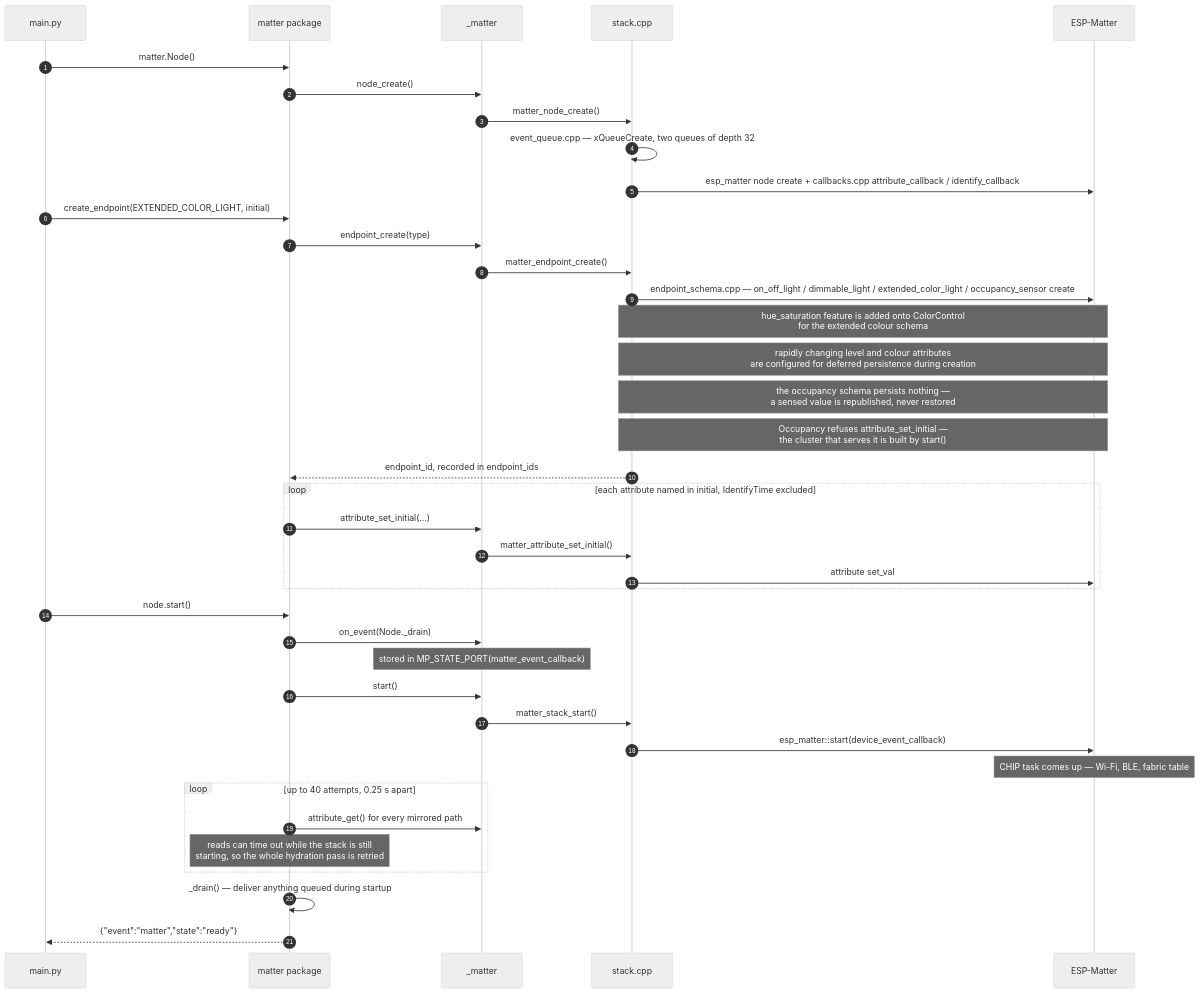
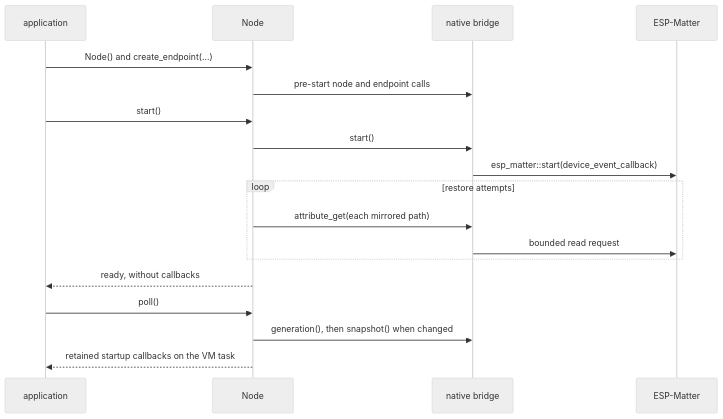
The second of 3 diagrams in firmware-packages/matter/ARCHITECTURE.md (khlam/micropython-boardfarm), drawn with Mermaid (neutral theme) before and after one commit. The commit also changed other lines of this file and 37 other files, not shown here.

Commit message:
replace matter event queue with state snapshot and polling

````diff
--- a/firmware-packages/matter/ARCHITECTURE.md
+++ b/firmware-packages/matter/ARCHITECTURE.md
@@ -86,44 +60,21 @@
 ```mermaid
 sequenceDiagram
-    autonumber
-    participant app as main.py
-    participant py as matter package
-    participant mod as _matter
-    participant st as stack.cpp
-    participant esp as ESP-Matter
+    participant app as application
+    participant py as Node
+    participant native as native bridge
+    participant chip as ESP-Matter
 
-    app->>py: matter.Node()
-    py->>mod: node_create()
-    mod->>st: matter_node_create()
-    st->>st: event_queue.cpp — xQueueCreate, two queues of depth 32
-    st->>esp: esp_matter node create + callbacks.cpp attribute_callback / identify_callback
-
-    app->>py: create_endpoint(EXTENDED_COLOR_LIGHT, initial)
-    py->>mod: endpoint_create(type)
-    mod->>st: matter_endpoint_create()
-    st->>esp: endpoint_schema.cpp — on_off_light / dimmable_light / extended_color_light / occupancy_sensor create
-    Note over st,esp: hue_saturation feature is added onto ColorControl<br/>for the extended colour schema
-    Note over st,esp: rapidly changing level and colour attributes<br/>are configured for deferred persistence during creation
-    Note over st,esp: the occupancy schema persists nothing —<br/>a sensed value is republished, never restored
-    Note over st,esp: Occupancy refuses attribute_set_initial —<br/>the cluster that serves it is built by start()
-    st-->>py: endpoint_id, recorded in endpoint_ids
-    loop each attribute named in initial, IdentifyTime excluded
-        py->>mod: attribute_set_initial(...)
-        mod->>st: matter_attribute_set_initial()
-        st->>esp: attribute set_val
+    app->>py: Node() and create_endpoint(...)
+    py->>native: pre-start node and endpoint calls
+    app->>py: start()
+    py->>native: start()
+    native->>chip: esp_matter::start(device_event_callback)
+    loop restore attempts
+        py->>native: attribute_get(each mirrored path)
+        native->>chip: bounded read request
     end
-
-    app->>py: node.start()
-    py->>mod: on_event(Node._drain)
-    Note over mod: stored in MP_STATE_PORT(matter_event_callback)
-    py->>mod: start()
-    mod->>st: matter_stack_start()
-    st->>esp: esp_matter::start(device_event_callback)
-    Note over esp: CHIP task comes up — Wi-Fi, BLE, fabric table
-    loop up to 40 attempts, 0.25 s apart
-        py->>mod: attribute_get() for every mirrored path
-        Note over py: reads can time out while the stack is still<br/>starting, so the whole hydration pass is retried
-    end
-    py->>py: _drain() — deliver anything queued during startup
-    py-->>app: {"event":"matter","state":"ready"}
+    py-->>app: ready, without callbacks
+    app->>py: poll()
+    py->>native: generation(), then snapshot() when changed
+    py-->>app: retained startup callbacks on the VM task
 ```
````
